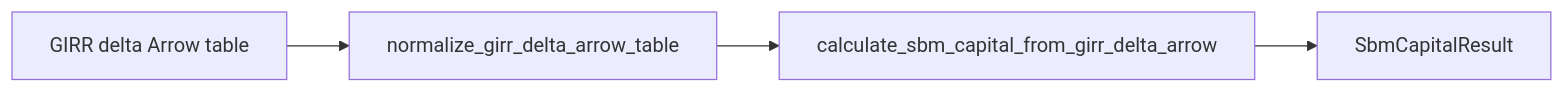
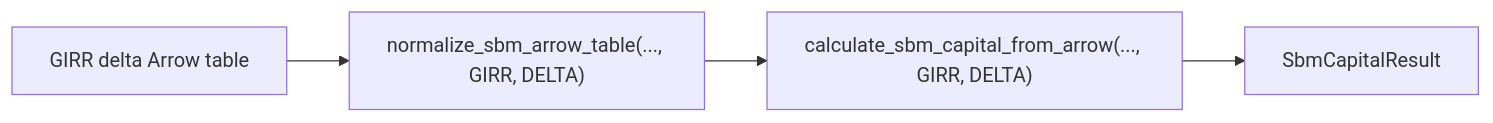
Before and after one commit to tomanizer/frtb-capital: the third of 5 diagrams in packages/frtb-sbm/docs/PACKAGE_JOURNEY.md, drawn with Mermaid. The commit also changed other lines of this file and 30 other files, not shown here.

````diff
--- a/packages/frtb-sbm/docs/PACKAGE_JOURNEY.md
+++ b/packages/frtb-sbm/docs/PACKAGE_JOURNEY.md
@@ -302,9 +309,9 @@
 ```mermaid
 flowchart LR
   T["GIRR delta Arrow table"]
-  N["normalize_girr_delta_arrow_table"]
-  C["calculate_sbm_capital_from_girr_delta_arrow"]
+  N["normalize_sbm_arrow_table(..., GIRR, DELTA)"]
+  C["calculate_sbm_capital_from_arrow(..., GIRR, DELTA)"]
   R["SbmCapitalResult"]
 
   T --> N --> C --> R
 ```
````
